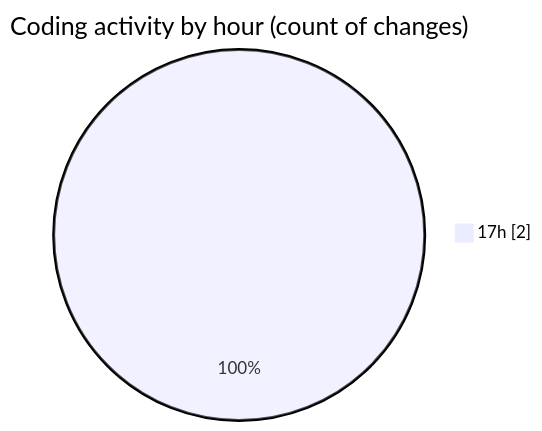
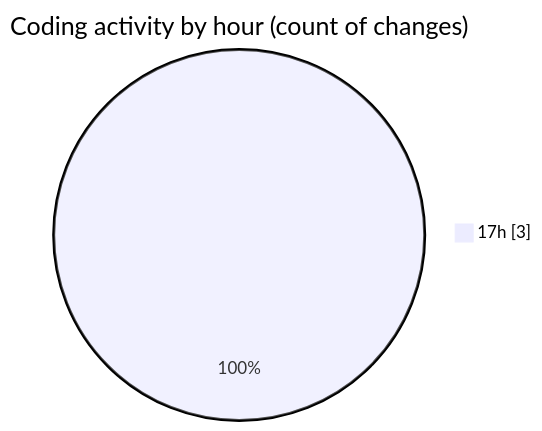
One commit to Netris89/code-tracking changed the second of 2 diagrams in 2025-08-01/data/README.md. Above: the diagram before and after it, drawn with Mermaid. The commit also changed other lines of this file and 1 other file, not shown here.

````diff
--- a/2025-08-01/data/README.md
+++ b/2025-08-01/data/README.md
@@ -29,5 +30,5 @@
 ```mermaid
 pie showData
 title Coding activity by hour (count of changes)
-"17h" : 2
+"17h" : 3
 ```
````
